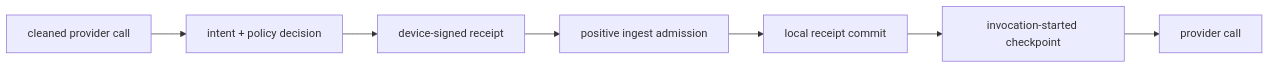
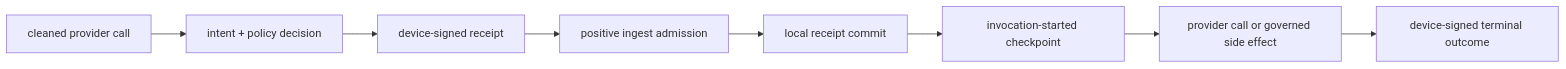
One commit to obsvr-dev/obsvr-sdk changed the third of 3 diagrams in README.md. Above: the diagram before and after it, drawn with Mermaid. The commit also changed other lines of this file and 10 other files, not shown here.

````diff
--- a/README.md
+++ b/README.md
@@ -379,9 +380,10 @@
 ```mermaid
 flowchart LR
     call["cleaned provider call"] --> decide["intent + policy decision"]
     decide --> receipt["device-signed receipt"]
     receipt --> admit["positive ingest admission"]
     admit --> commit["local receipt commit"]
     commit --> started["invocation-started checkpoint"]
-    started --> provider["provider call"]
+    started --> provider["provider call or governed side effect"]
+    provider --> outcome["device-signed terminal outcome"]
 ```
````
